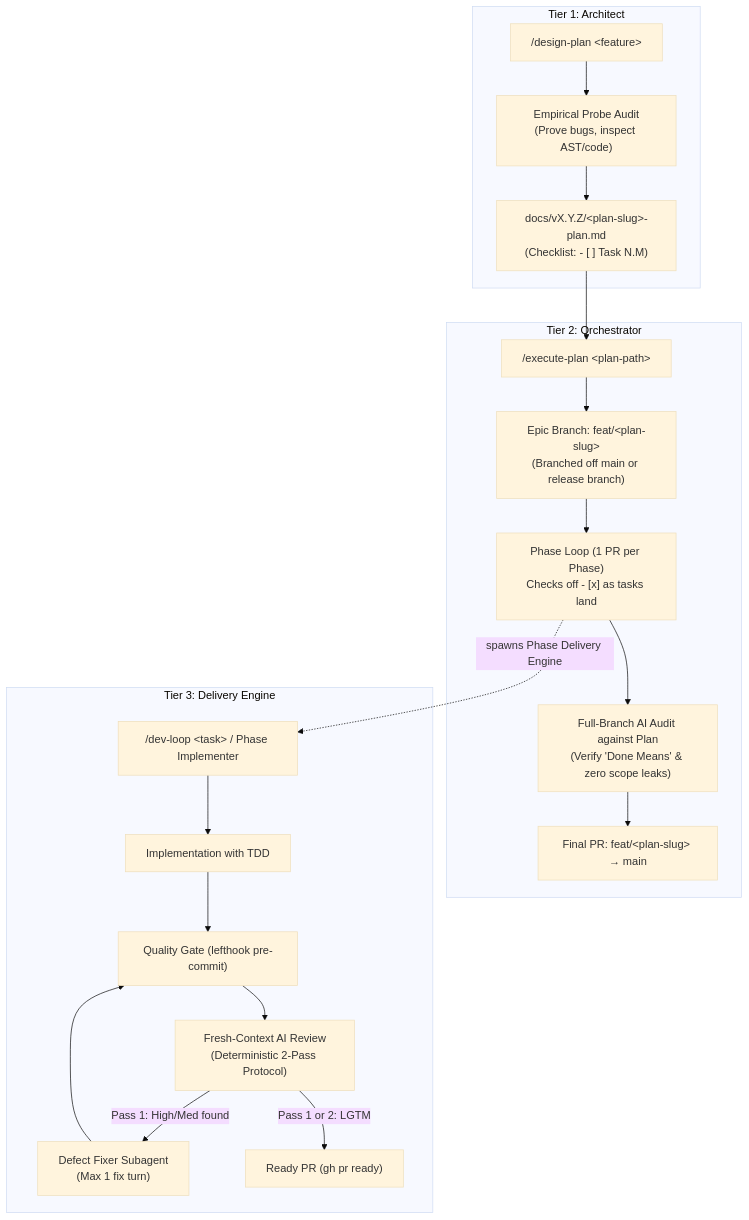
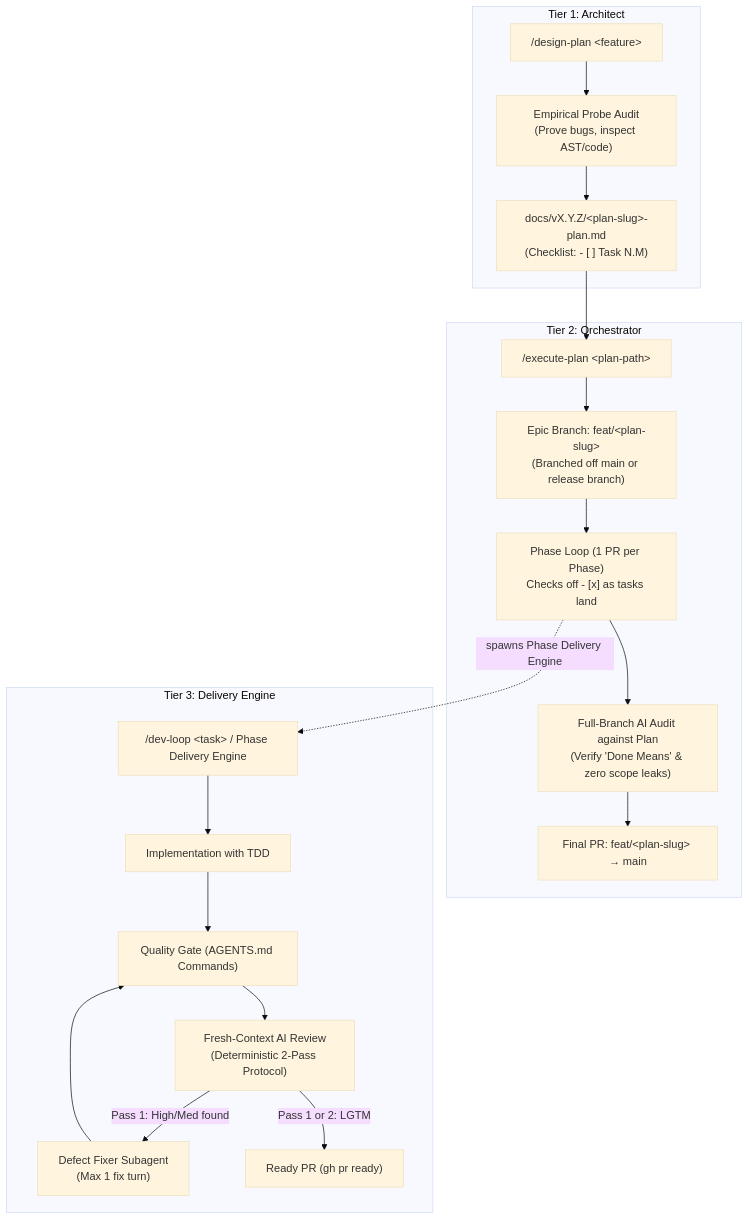
One commit to seriva/bootstrap changed the first of 2 diagrams in docs/agentic-workflows.md. Above: the diagram before and after it, drawn with Mermaid (base theme). The commit also changed other lines of this file and 9 other files, not shown here.

````diff
--- a/docs/agentic-workflows.md
+++ b/docs/agentic-workflows.md
@@ -11,37 +11,37 @@
 ```mermaid
 flowchart TD
     subgraph Tier1 ["Tier 1: Architect"]
         DP["/design-plan &lt;feature&gt;"]
         Audit["Empirical Probe Audit\n(Prove bugs, inspect AST/code)"]
         PlanDoc["docs/vX.Y.Z/&lt;plan-slug&gt;-plan.md\n(Checklist: - [ ] Task N.M)"]
         DP --> Audit --> PlanDoc
     end
 
     subgraph Tier2 ["Tier 2: Orchestrator"]
         EP["/execute-plan &lt;plan-path&gt;"]
         PlanBranch["Epic Branch: feat/&lt;plan-slug&gt;\n(Branched off main or release branch)"]
         PhaseLoop["Phase Loop (1 PR per Phase)\nChecks off - [x] as tasks land"]
         FinalAudit["Full-Branch AI Audit against Plan\n(Verify 'Done Means' & zero scope leaks)"]
         FinalPR["Final PR: feat/&lt;plan-slug&gt; &rarr; main"]
         
         PlanDoc --> EP
         EP --> PlanBranch
         PlanBranch --> PhaseLoop
         PhaseLoop --> FinalAudit
         FinalAudit --> FinalPR
     end
 
     subgraph Tier3 ["Tier 3: Delivery Engine"]
-        DL["/dev-loop &lt;task&gt; / Phase Implementer"]
+        DL["/dev-loop &lt;task&gt; / Phase Delivery Engine"]
         TDD["Implementation with TDD"]
-        Gate["Quality Gate (lefthook pre-commit)"]
+        Gate["Quality Gate (AGENTS.md Commands)"]
         Review["Fresh-Context AI Review\n(Deterministic 2-Pass Protocol)"]
         Fix["Defect Fixer Subagent\n(Max 1 fix turn)"]
         PR["Ready PR (gh pr ready)"]
 
         PhaseLoop -.->|"spawns Phase Delivery Engine"| DL
         DL --> TDD --> Gate --> Review
         Review -- "Pass 1: High/Med found" --> Fix --> Gate
         Review -- "Pass 1 or 2: LGTM" --> PR
     end
 ```
````
